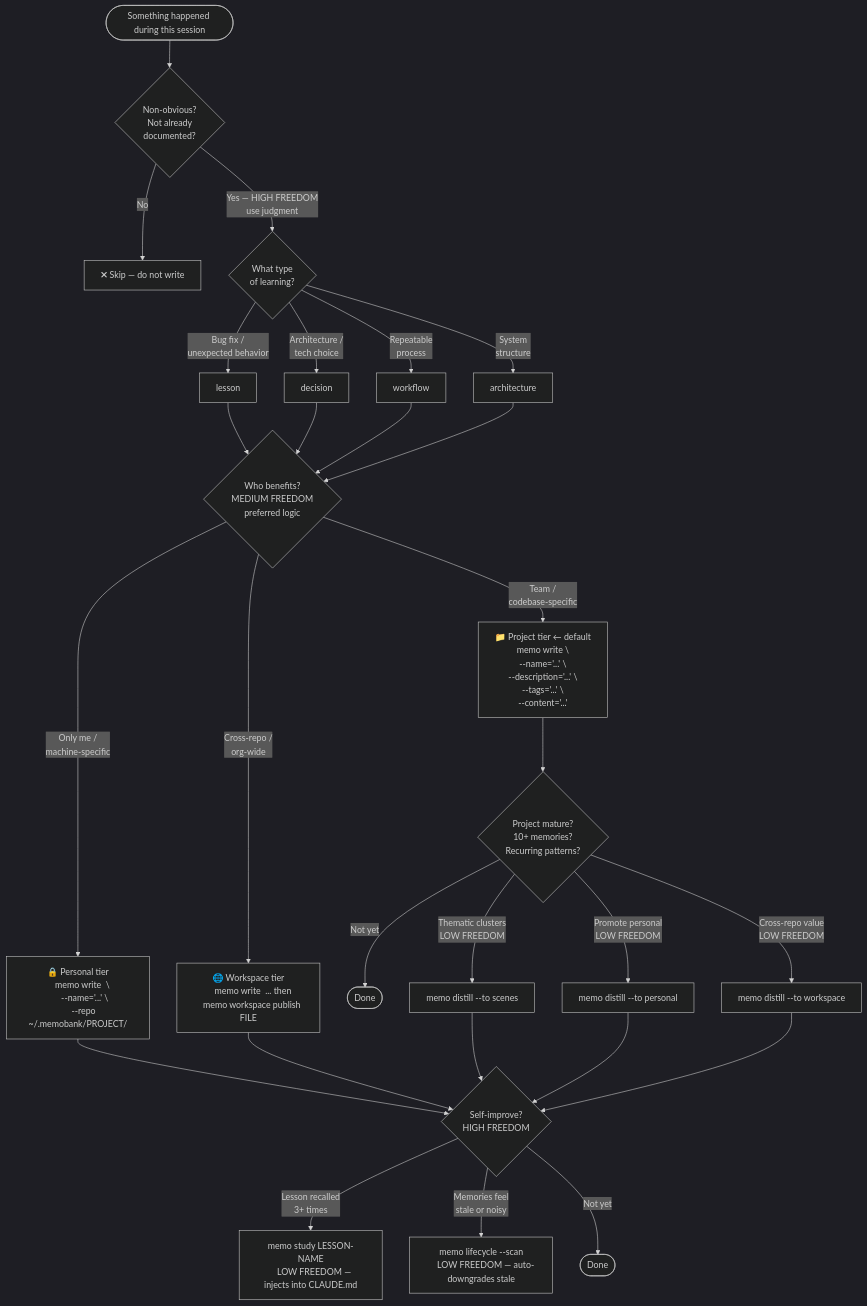
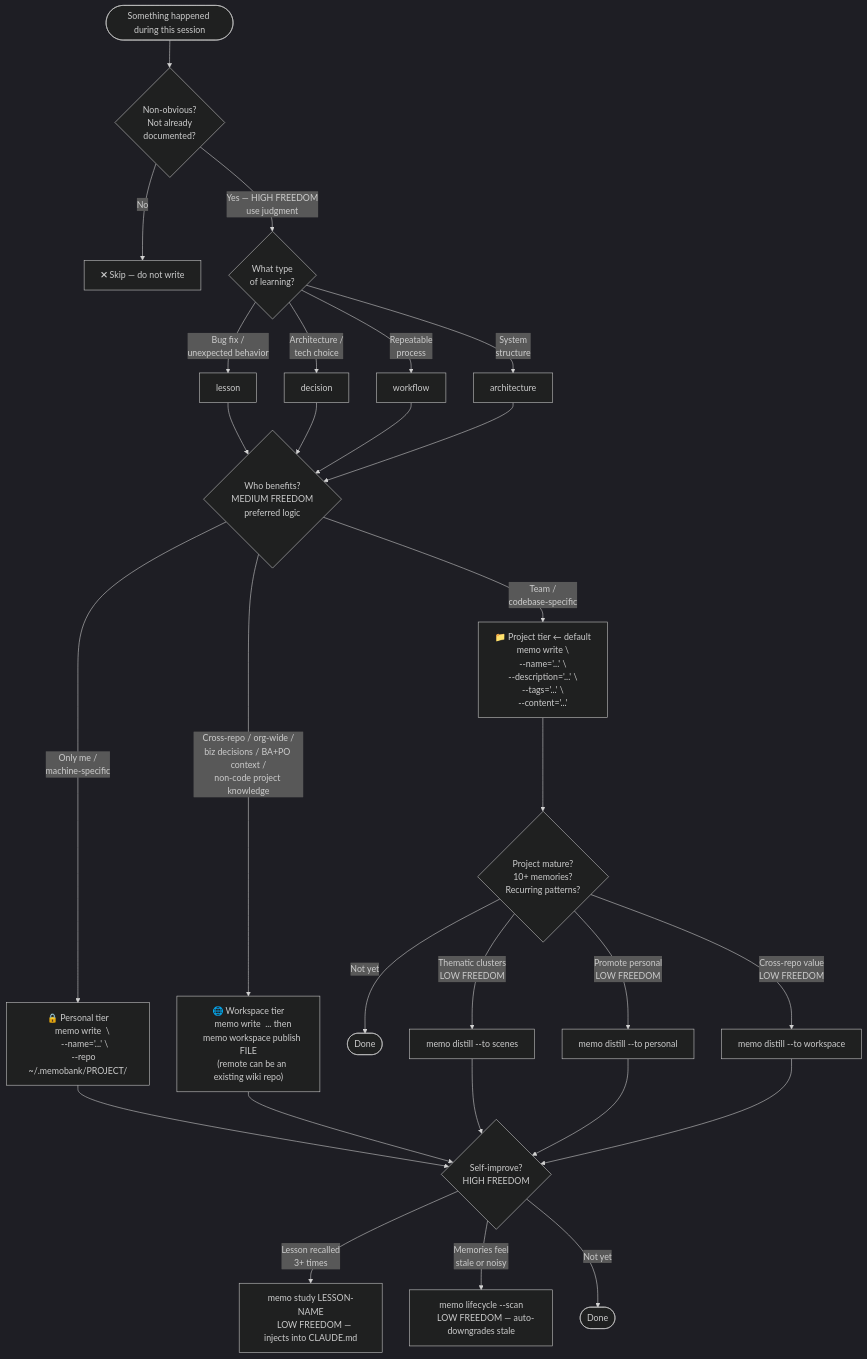
The diagram in assets/memory-decision-tree.md (clawde-agent/memobank-skill), drawn with Mermaid (dark theme) before and after one commit. The commit also changed 2 other files, not shown here.

Commit message:
docs: expand workspace tier to include non-technical memory types
Add business decisions, BA/PO context, stakeholder agreements, and
non-code project knowledge as explicit workspace tier use cases.
Also note that an existing wiki/docs repo can serve as the workspace remote.

````diff
--- a/assets/memory-decision-tree.md
+++ b/assets/memory-decision-tree.md
@@ -7,44 +7,45 @@
 ```mermaid
 flowchart TD
     START([Something happened during this session]) --> OBV{Non-obvious?\nNot already\ndocumented?}
 
     OBV -->|No| SKIP[fa:fa-times Skip — do not write]
     OBV -->|Yes — HIGH FREEDOM\nuse judgment| TYPE{What type\nof learning?}
 
     TYPE -->|Bug fix /\nunexpected behavior| TL[lesson]
     TYPE -->|Architecture /\ntech choice| TD[decision]
     TYPE -->|Repeatable\nprocess| TW[workflow]
     TYPE -->|System\nstructure| TA[architecture]
 
     TL & TD & TW & TA --> WHO{Who benefits?\nMEDIUM FREEDOM\npreferred logic}
 
     WHO -->|Only me /\nmachine-specific| PERS["🔒 Personal tier
     memo write <type> \
       --name='...' \
       --repo ~/.memobank/PROJECT/"]
 
     WHO -->|Team /\ncodebase-specific| PROJ["📁 Project tier  ← default
     memo write <type> \
       --name='...' \
       --description='...' \
       --tags='...' \
       --content='...'"]
 
-    WHO -->|Cross-repo /\norg-wide| WS["🌐 Workspace tier
+    WHO -->|Cross-repo / org-wide /\nbiz decisions / BA+PO context /\nnon-code project knowledge| WS["🌐 Workspace tier
     memo write <type> ... then
-    memo workspace publish FILE"]
+    memo workspace publish FILE
+    (remote can be an existing wiki repo)"]
 
     PROJ --> MAT{Project mature?\n10+ memories?\nRecurring patterns?}
     MAT -->|Not yet| DONE1([Done])
     MAT -->|Thematic clusters\nLOW FREEDOM| SC["memo distill --to scenes"]
     MAT -->|Promote personal\nLOW FREEDOM| DP["memo distill --to personal"]
     MAT -->|Cross-repo value\nLOW FREEDOM| DW["memo distill --to workspace"]
 
     PERS & WS & SC & DP & DW --> SELF{Self-improve?\nHIGH FREEDOM}
 
     SELF -->|Lesson recalled\n3+ times| STUDY["memo study LESSON-NAME
     LOW FREEDOM — injects into CLAUDE.md"]
     SELF -->|Memories feel\nstale or noisy| SCAN["memo lifecycle --scan
     LOW FREEDOM — auto-downgrades stale"]
     SELF -->|Not yet| DONE2([Done])
 ```
````
